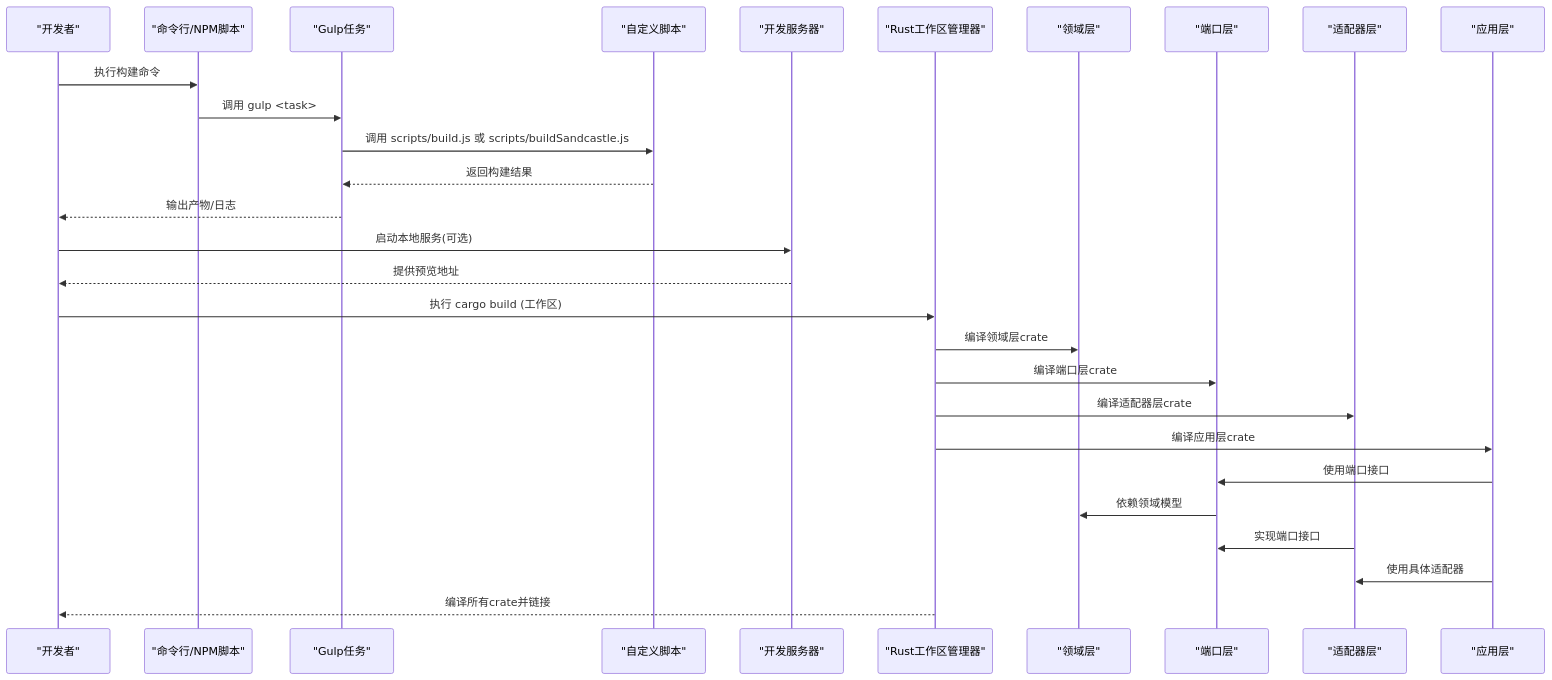
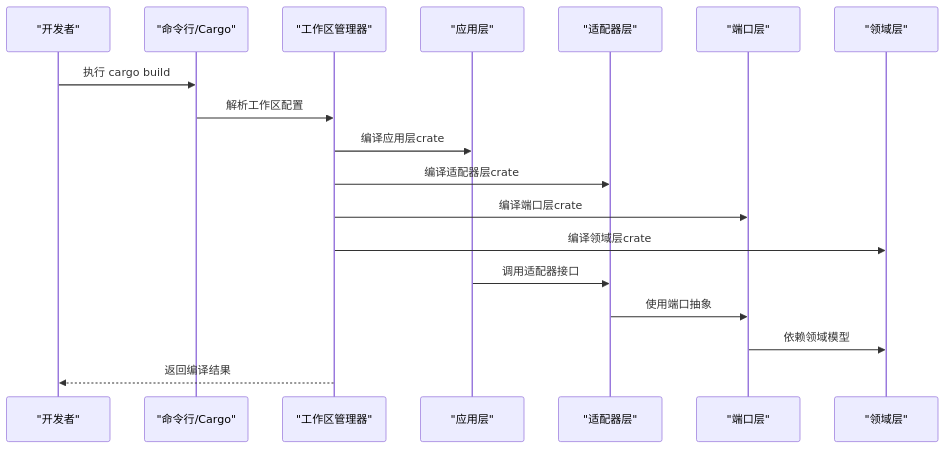
One commit to rzhangjing/cesium changed the second of 6 diagrams in .qoder/repowiki/zh/content/构建与部署/构建系统配置/构建系统配置.md. Above: the diagram before and after it, drawn with Mermaid. The commit also changed other lines of this file and 74 other files, not shown here.

````diff
--- a/.qoder/repowiki/zh/content/构建与部署/构建系统配置/构建系统配置.md
+++ b/.qoder/repowiki/zh/content/构建与部署/构建系统配置/构建系统配置.md
@@ -129,30 +94,20 @@
 ```mermaid
 sequenceDiagram
 participant Dev as "开发者"
-participant CLI as "命令行/NPM脚本"
-participant Gulp as "Gulp任务"
-participant Scripts as "自定义脚本"
-participant Server as "开发服务器"
-participant Cargo as "Rust工作区管理器"
+participant CLI as "命令行/Cargo"
+participant Workspace as "工作区管理器"
+participant App as "应用层"
+participant Adapters as "适配器层"
+participant Ports as "端口层"
 participant Domain as "领域层"
-participant Ports as "端口层"
-participant Adapters as "适配器层"
-participant App as "应用层"
-Dev->>CLI : 执行构建命令
-CLI->>Gulp : 调用 gulp <task>
-Gulp->>Scripts : 调用 scripts/build.js 或 scripts/buildSandcastle.js
-Scripts-->>Gulp : 返回构建结果
-Gulp-->>Dev : 输出产物/日志
-Dev->>Server : 启动本地服务(可选)
-Server-->>Dev : 提供预览地址
-Dev->>Cargo : 执行 cargo build (工作区)
-Cargo->>Domain : 编译领域层crate
-Cargo->>Ports : 编译端口层crate
-Cargo->>Adapters : 编译适配器层crate
-Cargo->>App : 编译应用层crate
-App->>Ports : 使用端口接口
+Dev->>CLI : 执行 cargo build
+CLI->>Workspace : 解析工作区配置
+Workspace->>App : 编译应用层crate
+Workspace->>Adapters : 编译适配器层crate
+Workspace->>Ports : 编译端口层crate
+Workspace->>Domain : 编译领域层crate
+App->>Adapters : 调用适配器接口
+Adapters->>Ports : 使用端口抽象
 Ports->>Domain : 依赖领域模型
-Adapters->>Ports : 实现端口接口
-App->>Adapters : 使用具体适配器
-Cargo-->>Dev : 编译所有crate并链接
+Workspace-->>Dev : 返回编译结果
 ```
````
